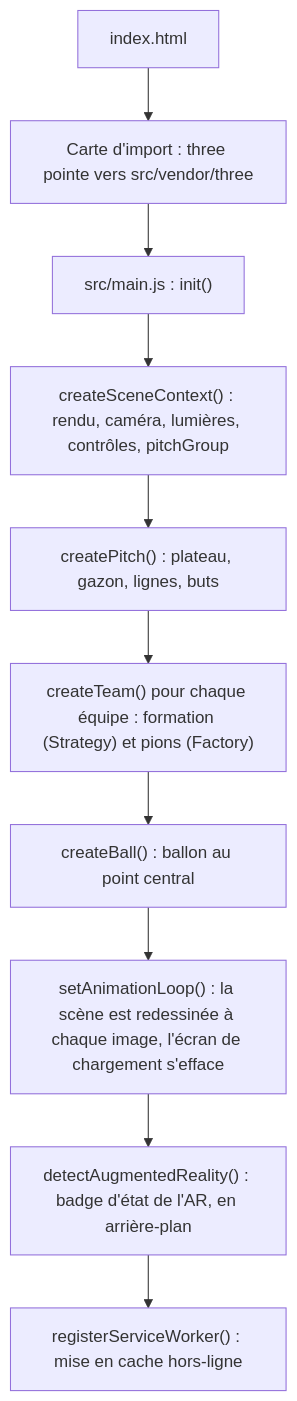
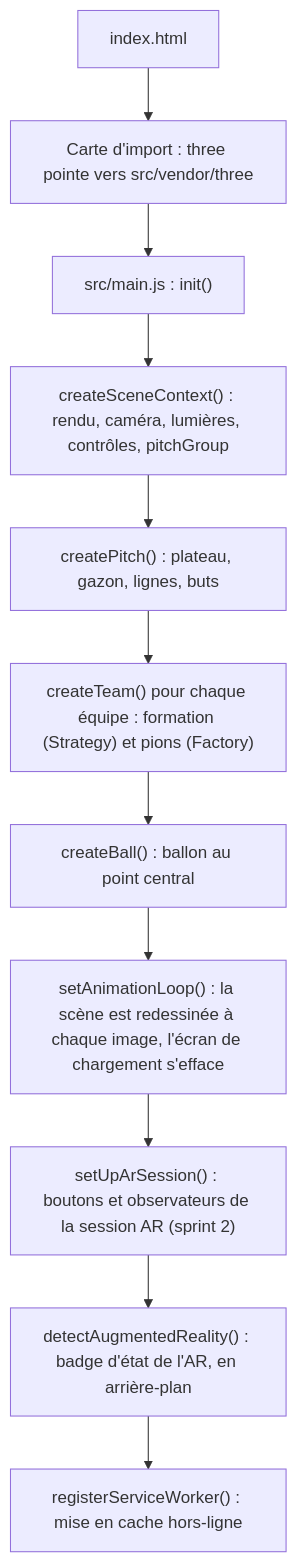
One commit to bilelkhlif/footballsimulator changed the first of 4 diagrams in docs/guide-du-code.md. Above: the diagram before and after it, drawn with Mermaid. The commit also changed other lines of this file and 9 other files, not shown here.

````diff
--- a/docs/guide-du-code.md
+++ b/docs/guide-du-code.md
@@ -23,12 +25,13 @@
 ```mermaid
 flowchart TD
   A["index.html"] --> B["Carte d'import : three pointe vers src/vendor/three"]
   B --> C["src/main.js : init()"]
   C --> D["createSceneContext() : rendu, caméra, lumières, contrôles, pitchGroup"]
   D --> E["createPitch() : plateau, gazon, lignes, buts"]
   E --> F["createTeam() pour chaque équipe : formation (Strategy) et pions (Factory)"]
   F --> G["createBall() : ballon au point central"]
   G --> H["setAnimationLoop() : la scène est redessinée à chaque image, l'écran de chargement s'efface"]
-  H --> I["detectAugmentedReality() : badge d'état de l'AR, en arrière-plan"]
+  H --> H2["setUpArSession() : boutons et observateurs de la session AR (sprint 2)"]
+  H2 --> I["detectAugmentedReality() : badge d'état de l'AR, en arrière-plan"]
   I --> J["registerServiceWorker() : mise en cache hors-ligne"]
 ```
````
